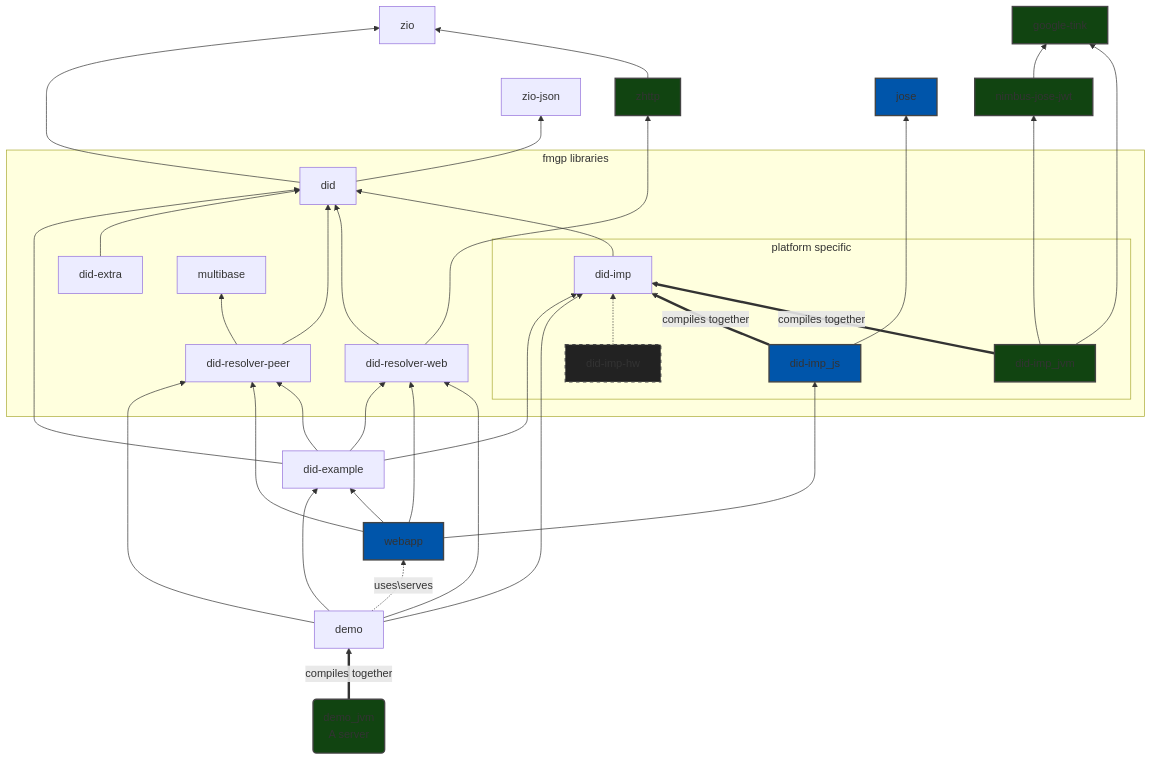
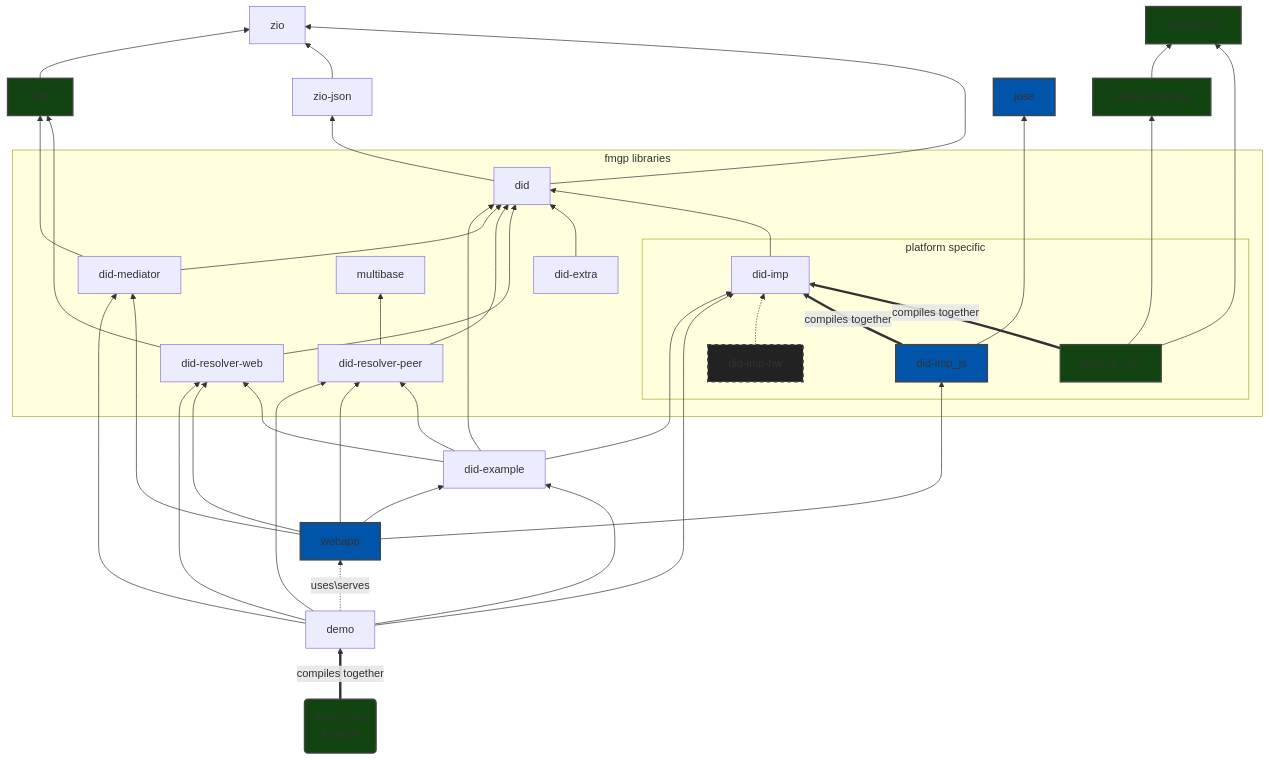
One commit to hyperledger/identus-mediator changed the diagram in README.md. Above: the diagram before and after it, drawn with Mermaid. The commit also changed 24 other files, not shown here.

````diff
--- a/README.md
+++ b/README.md
@@ -85,52 +85,57 @@
 ```mermaid
 flowchart BT
 
+  zhttp --> zio
+  zio-json --> zio
   did --> zio
-  zhttp --> zio
   did --> zio-json
+  did-mediator ---> zhttp:::JVM
   did-resolver-web ----> zhttp:::JVM
   
   did-example ----> did
   did-example --> did-imp
-  did-example  --> did-resolver-web
   demo --> did-imp 
 
   subgraph fmgp libraries
-    did-extra --> did
+    did-mediator --> did 
     subgraph platform specific
       did-imp
       did-imp-hw:::Others -.-> did-imp
       did-imp_js:::JS ==>|compiles together| did-imp
       did-imp_jvm:::JVM ==>|compiles together| did-imp
     end
     did-resolver-peer --> multibase
     did-resolver-peer --> did
     did-resolver-web --> did
+    did-extra --> did
     did-imp --> did
   end
-  
+
   did-imp_jvm:::JVM ----> nimbus-jose-jwt:::JVM --> google-tink:::JVM
   did-imp_jvm:::JVM ---> google-tink
 
   did-imp_js ----> jose:::JS
 
   %% subgraph demo/docs
-    
+    demo --> did-mediator
+    demo --> did-resolver-web
+    demo --> did-resolver-peer
+    webapp:::JS --> did-mediator
     webapp:::JS --> did-imp_js
     webapp:::JS  --> did-resolver-web
-    demo  --> did-example
-    demo --> did-resolver-web
-    demo --> did-resolver-peer
-    demo -.->|uses\serves| webapp
-    demo_jvm(demo_jvm\nA server):::JVM ==>|compiles together| demo
     webapp:::JS  --> did-resolver-peer
     webapp:::JS  --> did-example
+    demo  --> did-example
+    demo -.->|uses\serves| webapp
+
+    demo_jvm(demo_jvm\nA server):::JVM ==>|compiles together| demo
+
     did-example  --> did-resolver-peer
-
+    did-example  --> did-resolver-web
   %% end
 
   classDef JVM fill:#141,stroke:#444,stroke-width:2px;
   classDef JS fill:#05a,stroke:#444,stroke-width:2px;
   classDef Others fill:#222,stroke:#444,stroke-width:2px,stroke-dasharray: 5 5;
 
 ```
````
